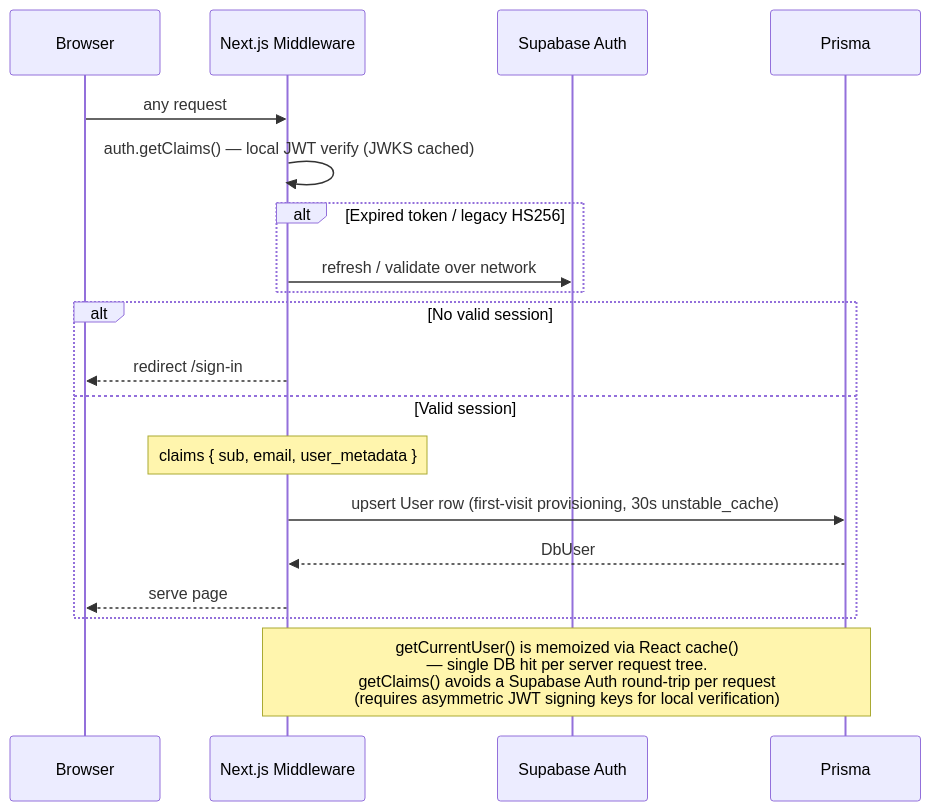
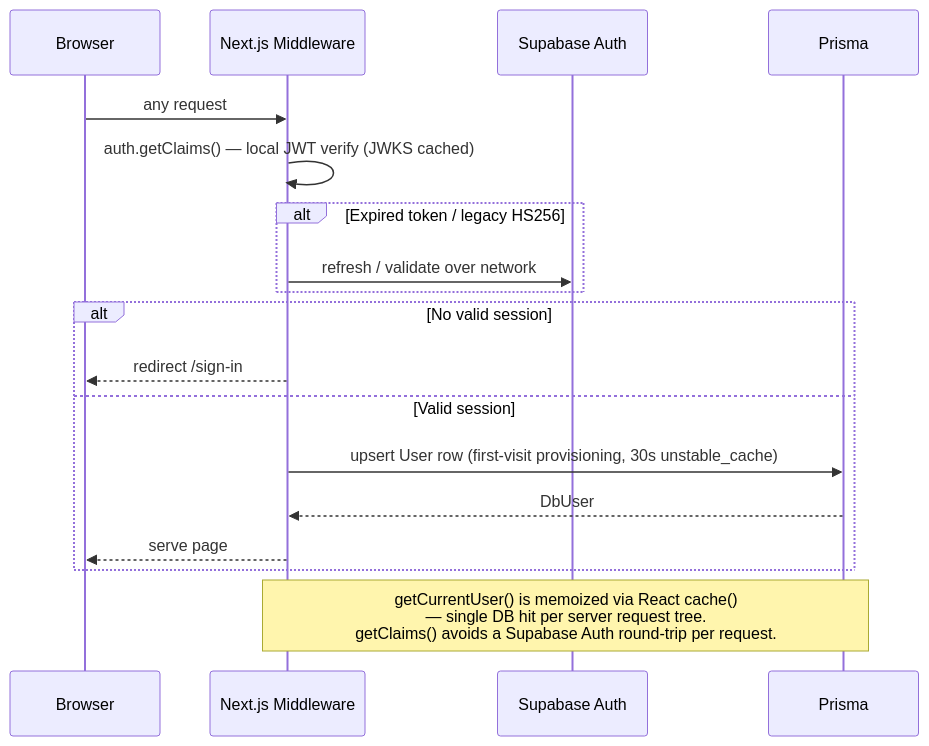
The tenth of 13 diagrams in docs/system-architecture.md (lqtrung-95/ai-fe-interview), drawn with Mermaid before and after one commit. The commit also changed other lines of this file and 6 other files, not shown here.

````diff
--- a/docs/system-architecture.md
+++ b/docs/system-architecture.md
@@ -396,23 +537,22 @@
 ```mermaid
 sequenceDiagram
     participant B as Browser
     participant MW as Next.js Middleware
     participant Supa as Supabase Auth
     participant DB as Prisma
 
     B->>MW: any request
     MW->>MW: auth.getClaims() — local JWT verify (JWKS cached)
     alt Expired token / legacy HS256
         MW->>Supa: refresh / validate over network
     end
     alt No valid session
         MW-->>B: redirect /sign-in
     else Valid session
-        Note over MW: claims { sub, email, user_metadata }
         MW->>DB: upsert User row (first-visit provisioning, 30s unstable_cache)
         DB-->>MW: DbUser
         MW-->>B: serve page
     end
 
-    Note over MW,DB: getCurrentUser() is memoized via React cache()<br/>— single DB hit per server request tree.<br/>getClaims() avoids a Supabase Auth round-trip per request<br/>(requires asymmetric JWT signing keys for local verification)
+    Note over MW,DB: getCurrentUser() is memoized via React cache()<br/>— single DB hit per server request tree.<br/>getClaims() avoids a Supabase Auth round-trip per request.
 ```
````
